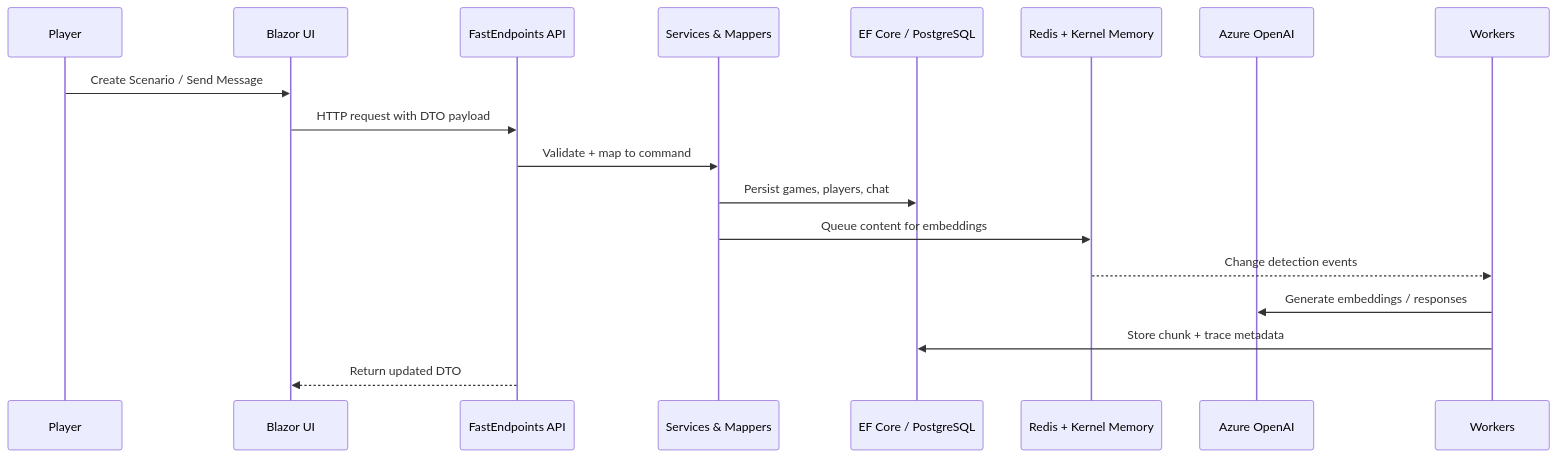
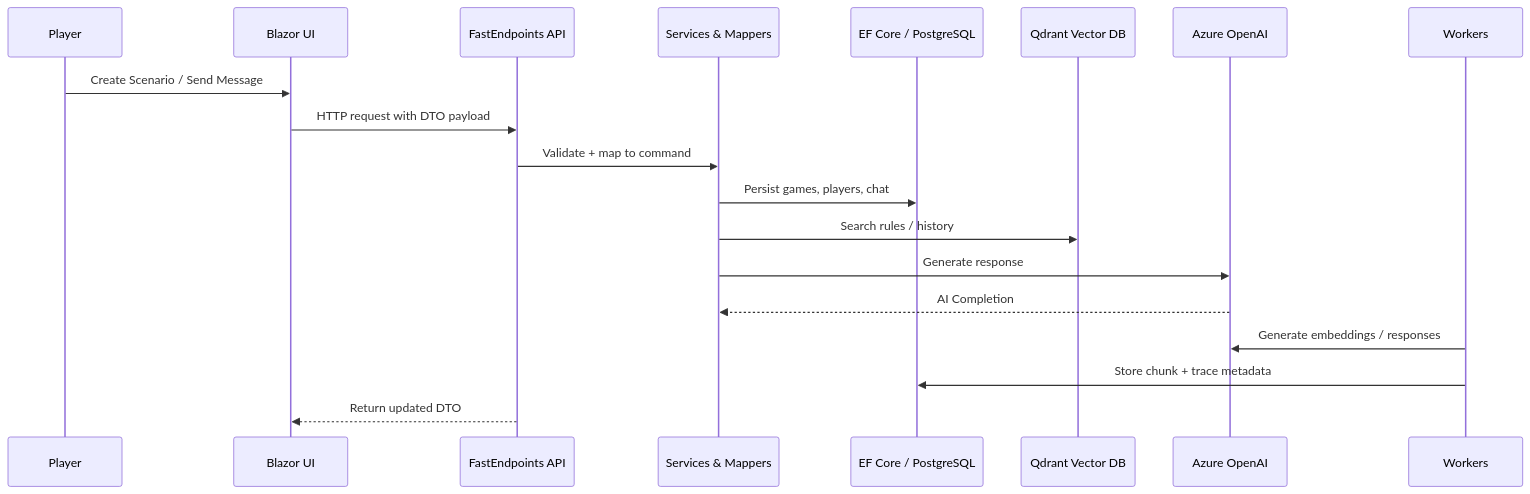
One commit to IntegerMan/JAIMES-AF changed the second of 2 diagrams in README.md. Above: the diagram before and after it, drawn with Mermaid. The commit also changed other lines of this file and 5 other files, not shown here.

````diff
--- a/README.md
+++ b/README.md
@@ -58,20 +58,21 @@
 ```mermaid
 sequenceDiagram
     participant Player
     participant Web as Blazor UI
     participant API as FastEndpoints API
     participant BLL as Services & Mappers
     participant DB as EF Core / PostgreSQL
-    participant Vector as Redis + Kernel Memory
+    participant Vector as Qdrant Vector DB
     participant AOAI as Azure OpenAI
 
     Player->>Web: Create Scenario / Send Message
     Web->>API: HTTP request with DTO payload
     API->>BLL: Validate + map to command
     BLL->>DB: Persist games, players, chat
-    BLL->>Vector: Queue content for embeddings
-    Vector-->>Workers: Change detection events
+    BLL->>Vector: Search rules / history
+    BLL->>AOAI: Generate response
+    AOAI-->>BLL: AI Completion
     Workers->>AOAI: Generate embeddings / responses
     Workers->>DB: Store chunk + trace metadata
     API-->>Web: Return updated DTO
 ```
````
